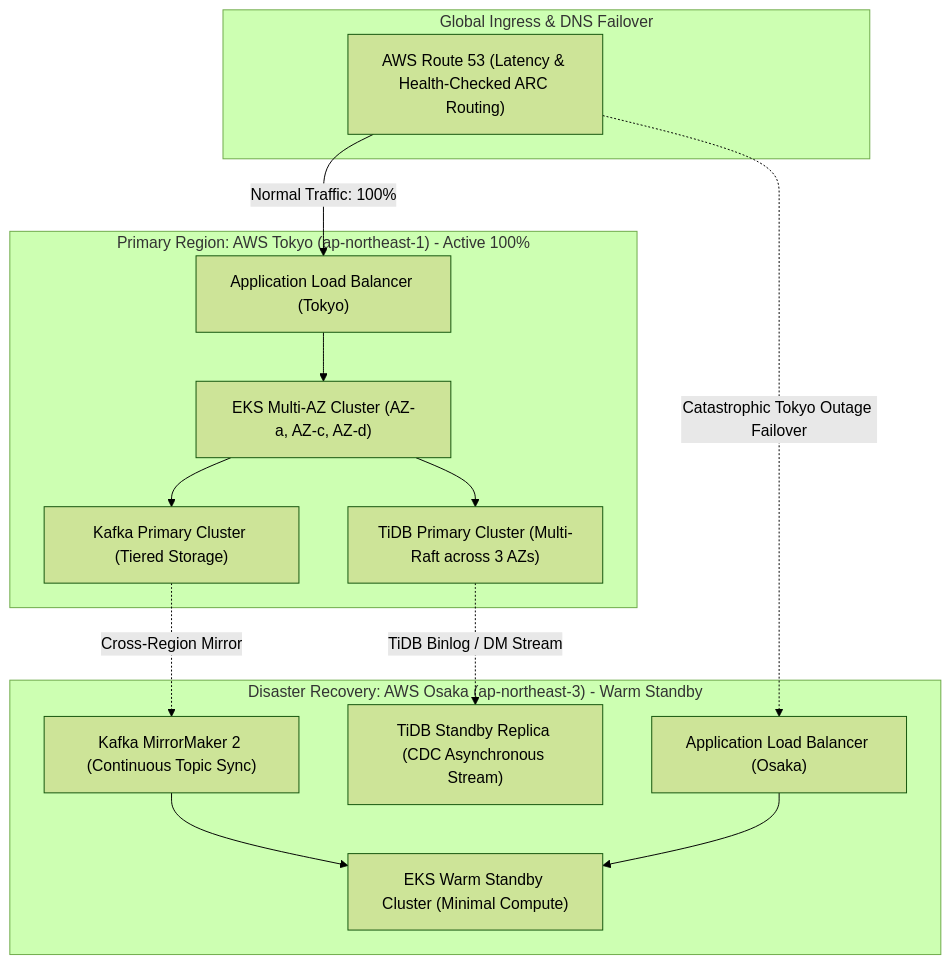
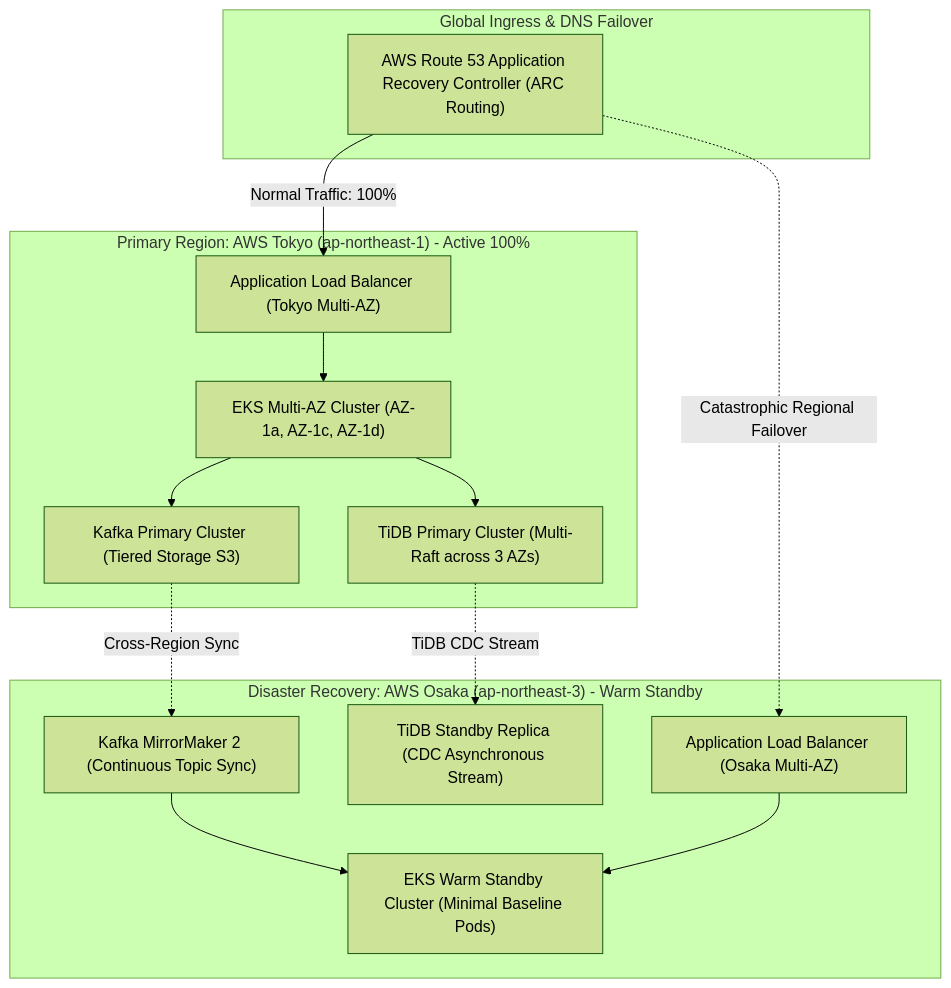
The second of 3 diagrams in content/series/paypay-architecture/part-4-sre-chaos-engineering.md (vesviet/vesviet), drawn with Mermaid (forest theme) before and after one commit. The commit also changed other lines of this file and 36 other files, not shown here.

Commit message:
feat(sprint-2): upgrade paypay and shopee architecture series to 2027 SOTA masterclass

````diff
--- a/content/series/paypay-architecture/part-4-sre-chaos-engineering.md
+++ b/content/series/paypay-architecture/part-4-sre-chaos-engineering.md
@@ -144,33 +168,33 @@
 ```mermaid
 flowchart TD
     subgraph Route53["Global Ingress & DNS Failover"]
-        DNS["AWS Route 53 (Latency & Health-Checked ARC Routing)"]
+        DNS["AWS Route 53 Application Recovery Controller (ARC Routing)"]
     end
 
     subgraph PrimaryRegion["Primary Region: AWS Tokyo (ap-northeast-1) - Active 100%"]
-        ALB_TYO["Application Load Balancer (Tokyo)"]
-        K8S_TYO["EKS Multi-AZ Cluster (AZ-a, AZ-c, AZ-d)"]
+        ALB_TYO["Application Load Balancer (Tokyo Multi-AZ)"]
+        K8S_TYO["EKS Multi-AZ Cluster (AZ-1a, AZ-1c, AZ-1d)"]
         TIDB_TYO["TiDB Primary Cluster (Multi-Raft across 3 AZs)"]
-        KAFKA_TYO["Kafka Primary Cluster (Tiered Storage)"]
+        KAFKA_TYO["Kafka Primary Cluster (Tiered Storage S3)"]
     end
 
     subgraph StandbyRegion["Disaster Recovery: AWS Osaka (ap-northeast-3) - Warm Standby"]
-        ALB_OSA["Application Load Balancer (Osaka)"]
-        K8S_OSA["EKS Warm Standby Cluster (Minimal Compute)"]
+        ALB_OSA["Application Load Balancer (Osaka Multi-AZ)"]
+        K8S_OSA["EKS Warm Standby Cluster (Minimal Baseline Pods)"]
         TIDB_OSA["TiDB Standby Replica (CDC Asynchronous Stream)"]
         MIRROR["Kafka MirrorMaker 2 (Continuous Topic Sync)"]
     end
 
     DNS -->|Normal Traffic: 100%| ALB_TYO
-    DNS -. Catastrophic Tokyo Outage Failover .-> ALB_OSA
+    DNS -. Catastrophic Regional Failover .-> ALB_OSA
 
     ALB_TYO --> K8S_TYO
     K8S_TYO --> TIDB_TYO
     K8S_TYO --> KAFKA_TYO
 
-    TIDB_TYO -. TiDB Binlog / DM Stream .-> TIDB_OSA
-    KAFKA_TYO -. Cross-Region Mirror .-> MIRROR
+    TIDB_TYO -. TiDB CDC Stream .-> TIDB_OSA
+    KAFKA_TYO -. Cross-Region Sync .-> MIRROR
     MIRROR --> K8S_OSA
 
     ALB_OSA --> K8S_OSA
 ```
````
